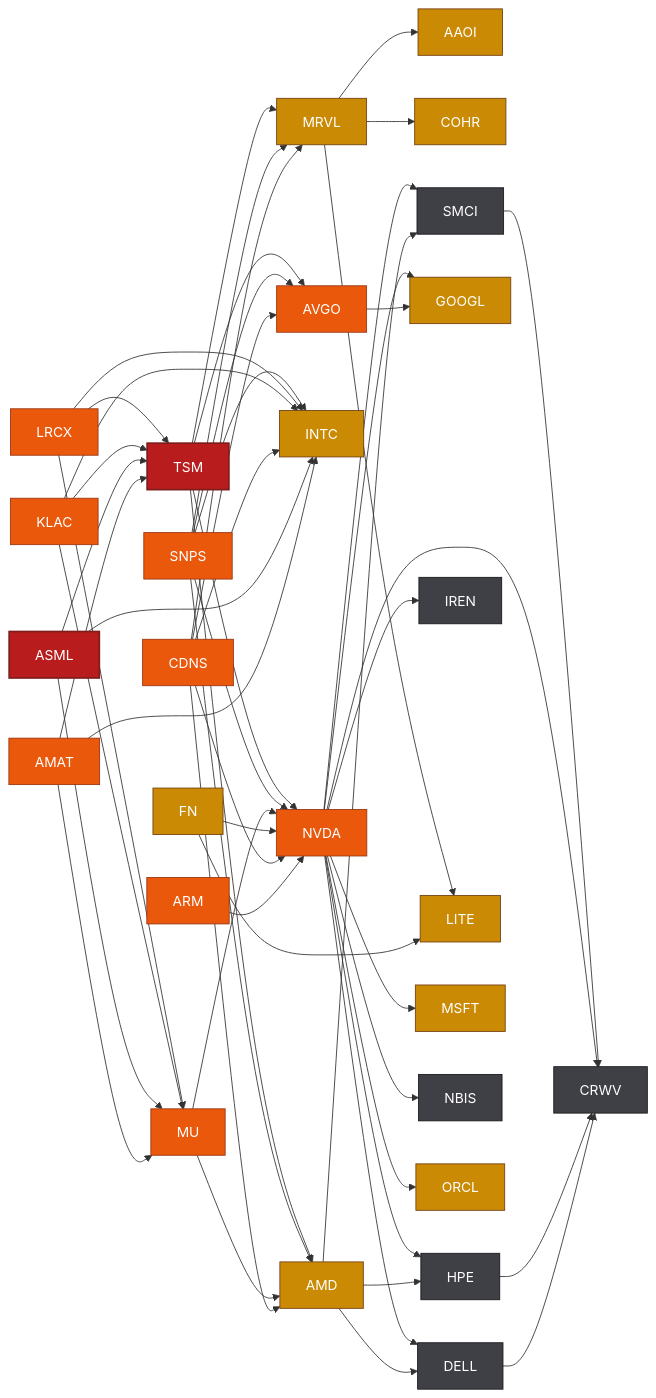
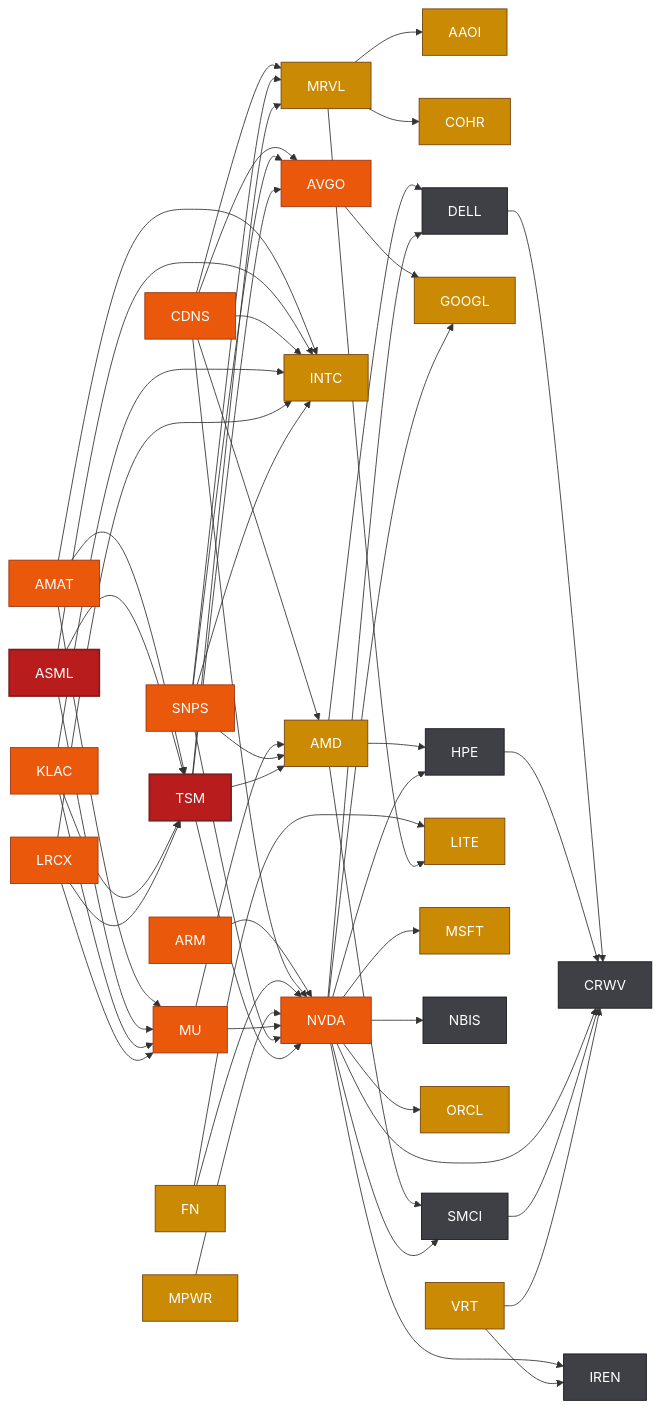
One commit to Ali0600/stocks-vault changed the diagram in Maps/AI Supply Chain.md. Above: the diagram before and after it, drawn with Mermaid. The commit also changed other lines of this file and 10 other files, not shown here.

First line of the commit message:
vault: add datacenter power & thermal equipment (VRT, ETN, MPWR)

````diff
--- a/Maps/AI Supply Chain.md
+++ b/Maps/AI Supply Chain.md
@@ -101,6 +104,7 @@
   KLAC[KLAC]:::high
   LITE[LITE]:::medium
   LRCX[LRCX]:::high
+  MPWR[MPWR]:::medium
   MRVL[MRVL]:::medium
   MSFT[MSFT]:::medium
   MU[MU]:::high
@@ -110,6 +114,7 @@
   SMCI[SMCI]:::low
   SNPS[SNPS]:::high
   TSM[TSM]:::extreme
+  VRT[VRT]:::medium
   AMAT --> INTC
   AMAT --> MU
   AMAT --> TSM
@@ -136,6 +141,7 @@
   LRCX --> INTC
   LRCX --> MU
   LRCX --> TSM
+  MPWR --> NVDA
   MRVL --> AAOI
   MRVL --> COHR
   MRVL --> LITE
@@ -160,4 +166,6 @@
   TSM --> AVGO
   TSM --> MRVL
   TSM --> NVDA
+  VRT --> CRWV
+  VRT --> IREN
 ```
````
